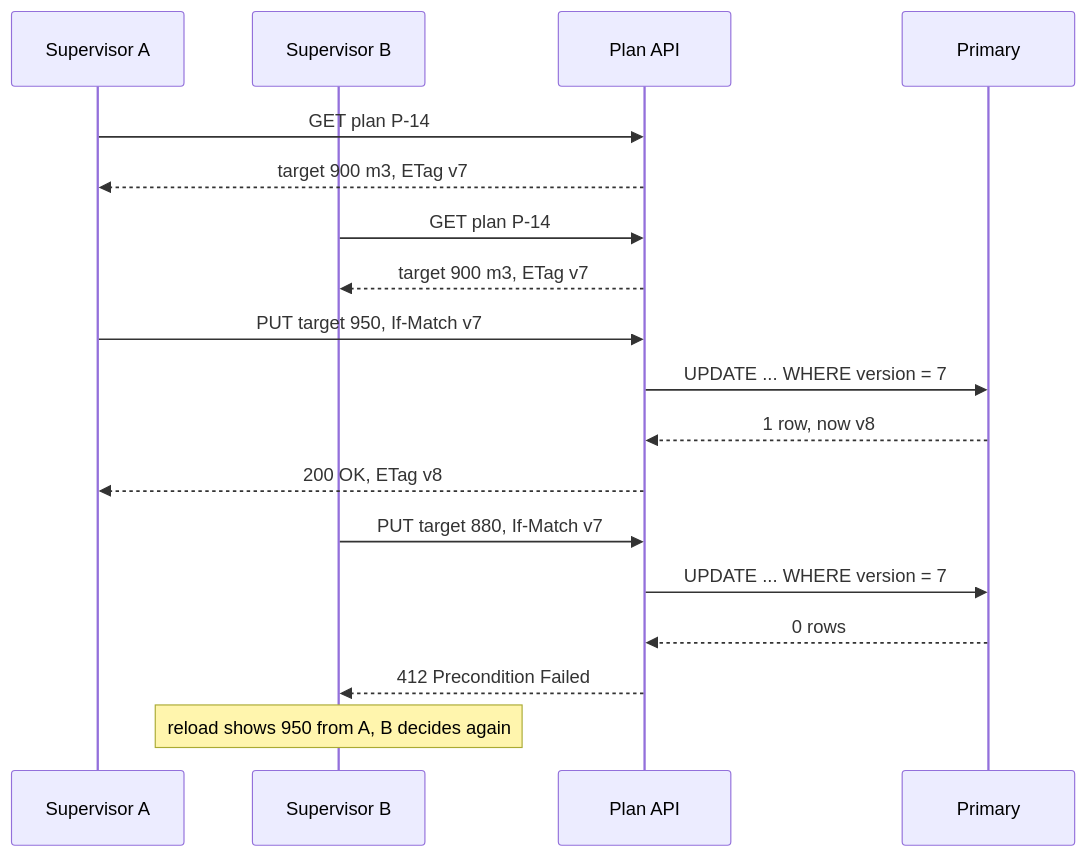
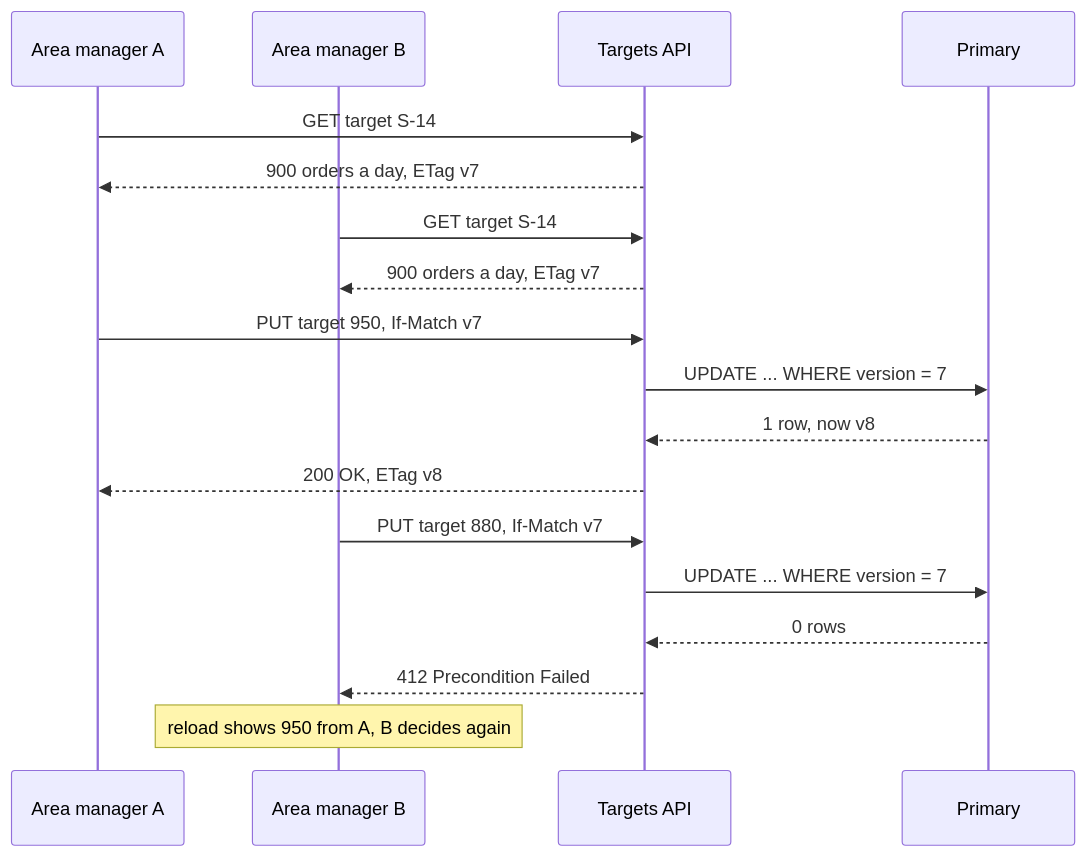
One commit to rizwi0786/system-design-lab changed the third of 3 diagrams in content/lessons/m12/m12-eventual-consistency.md. Above: the diagram before and after it, drawn with Mermaid. The commit also changed other lines of this file and 334 other files, not shown here.

````diff
--- a/content/lessons/m12/m12-eventual-consistency.md
+++ b/content/lessons/m12/m12-eventual-consistency.md
@@ -245,20 +245,20 @@
 ```mermaid
 sequenceDiagram
-    participant A as Supervisor A
-    participant B as Supervisor B
-    participant API as Plan API
+    participant A as Area manager A
+    participant B as Area manager B
+    participant API as Targets API
     participant DB as Primary
-    A->>API: GET plan P-14
-    API-->>A: target 900 m3, ETag v7
-    B->>API: GET plan P-14
-    API-->>B: target 900 m3, ETag v7
+    A->>API: GET target S-14
+    API-->>A: 900 orders a day, ETag v7
+    B->>API: GET target S-14
+    API-->>B: 900 orders a day, ETag v7
     A->>API: PUT target 950, If-Match v7
     API->>DB: UPDATE ... WHERE version = 7
     DB-->>API: 1 row, now v8
     API-->>A: 200 OK, ETag v8
     B->>API: PUT target 880, If-Match v7
     API->>DB: UPDATE ... WHERE version = 7
     DB-->>API: 0 rows
     API-->>B: 412 Precondition Failed
     Note over B: reload shows 950 from A, B decides again
 ```
````
